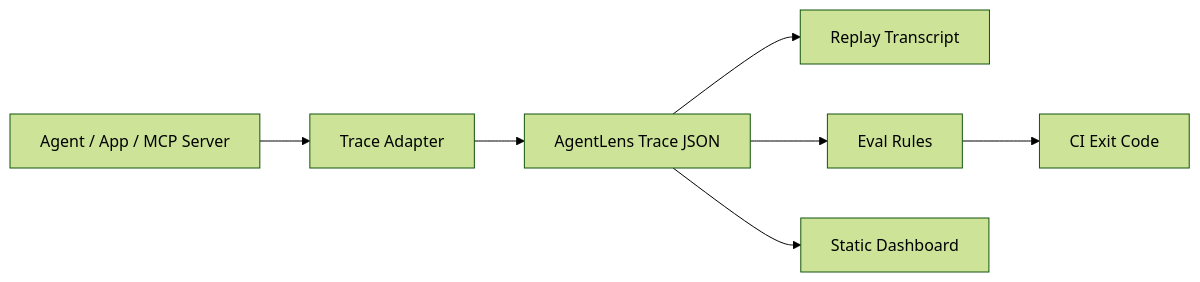
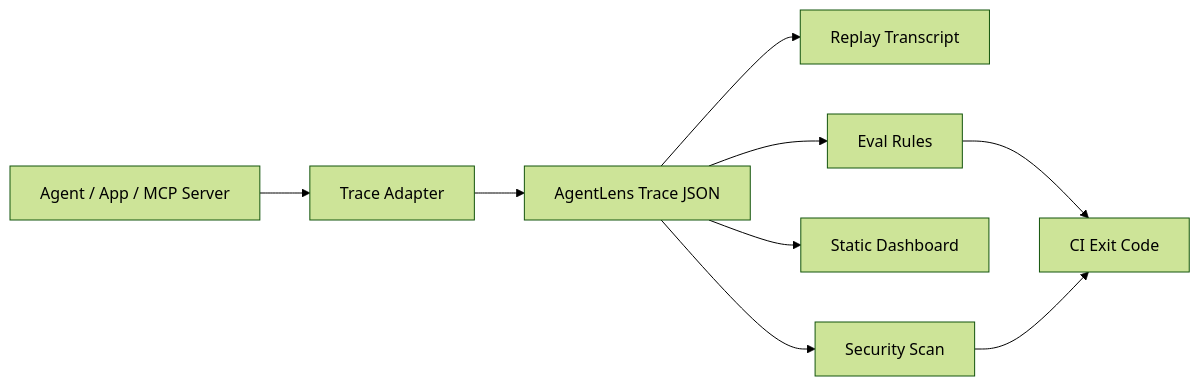
Before and after one commit to cnqiujunhu-dev/agentlens: the diagram in README.md, drawn with Mermaid (forest theme). The commit also changed other lines of this file and 18 other files, not shown here.

Commit message:
Add local trace security scan

````diff
--- a/README.md
+++ b/README.md
@@ -206,9 +209,11 @@
 ```mermaid
 flowchart LR
   A[Agent / App / MCP Server] --> B[Trace Adapter]
   B --> C[AgentLens Trace JSON]
   C --> D[Replay Transcript]
   C --> E[Eval Rules]
   C --> F[Static Dashboard]
+  C --> H[Security Scan]
   E --> G[CI Exit Code]
+  H --> G
 ```
````
